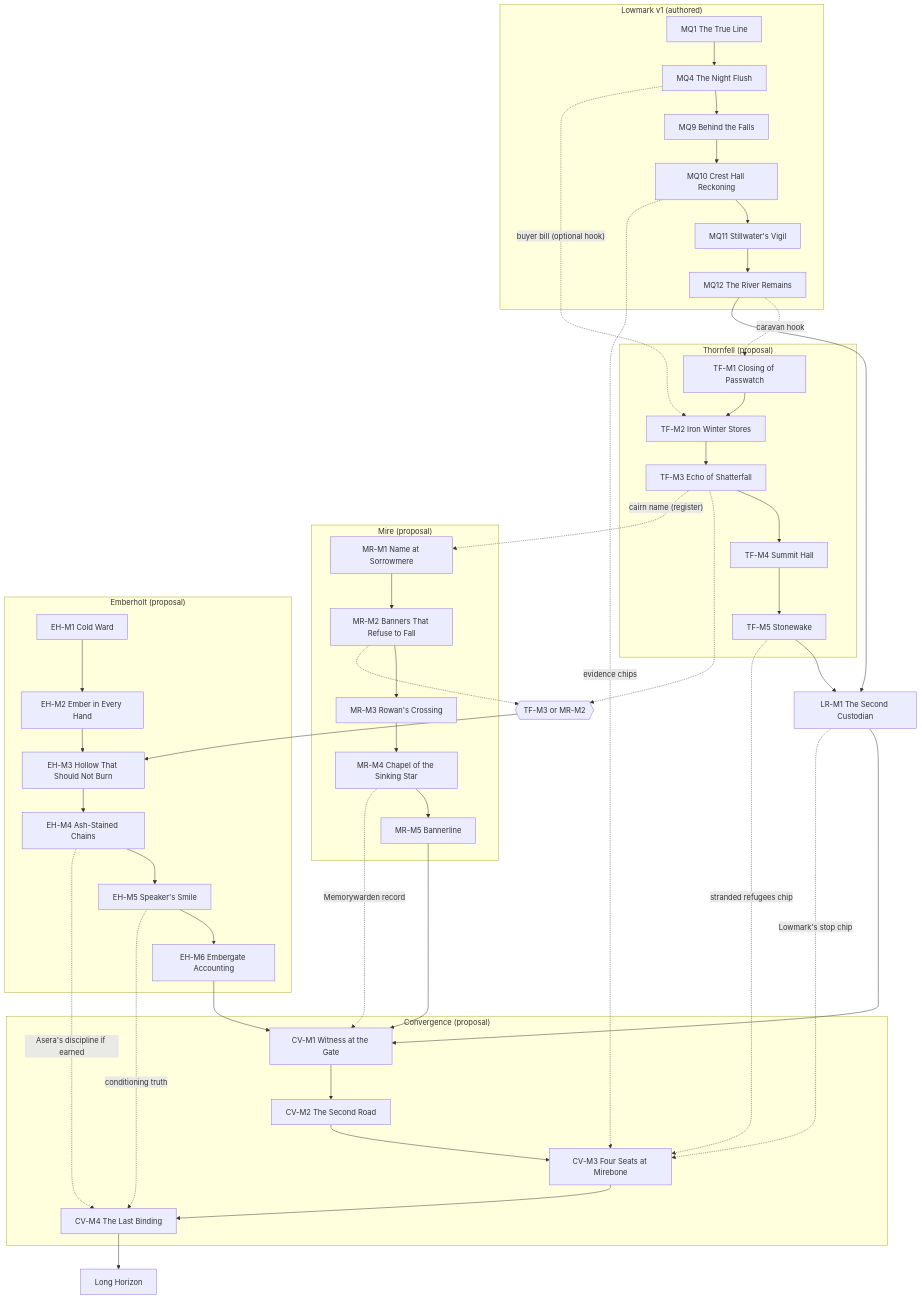
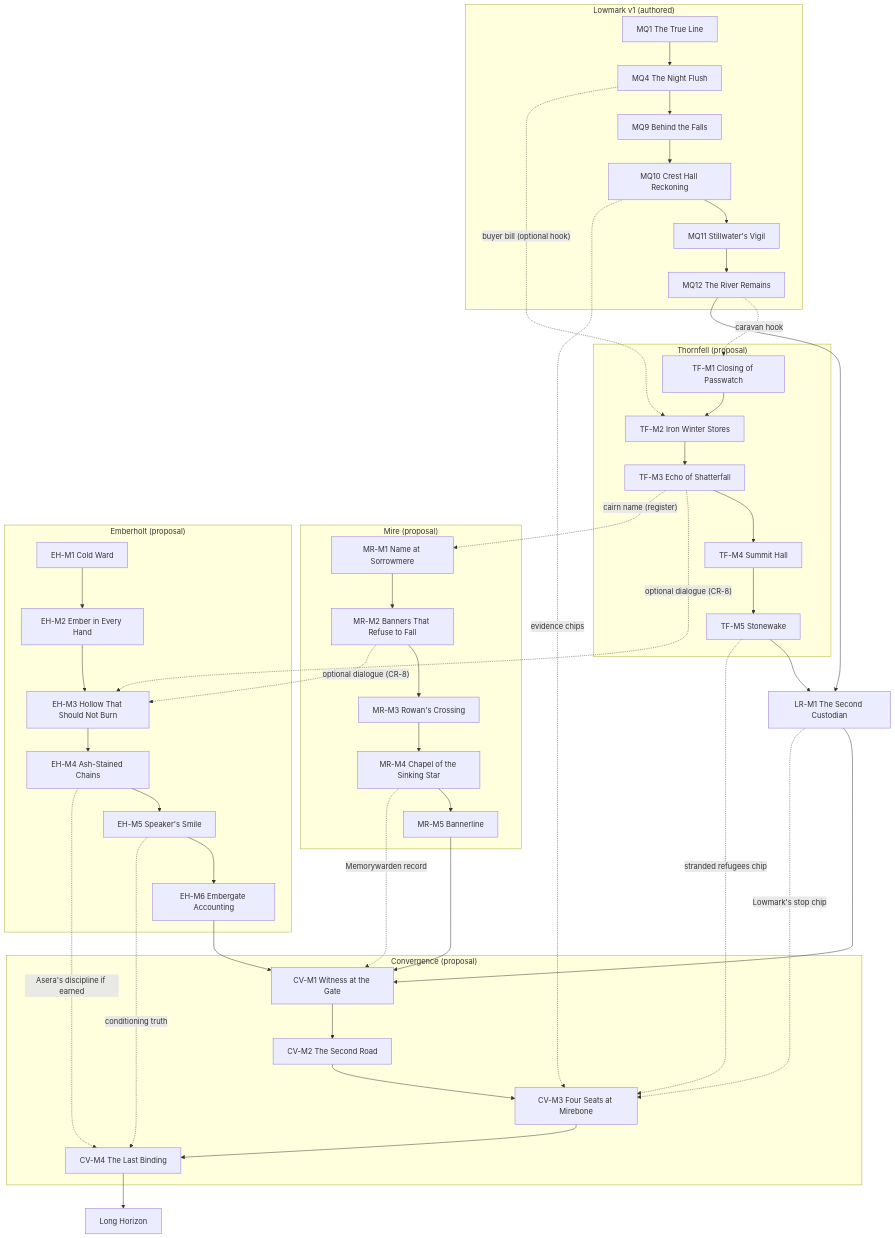
One commit to Degrading1919/Caelmor-Repo changed the diagram in 04_CONTENT_PRODUCTION/Quests/Caelmor_Narrative_Architecture_Arcs_and_Milestones.md. Above: the diagram before and after it, drawn with Mermaid. The commit also changed other lines of this file and 46 other files, not shown here.

First line of the commit message:
Consolidated Director rulings CR-1 to CR-21: recorded and reconciled across Lowmark, Emberholt, architecture and canon (review in progress)

````diff
--- a/04_CONTENT_PRODUCTION/Quests/Caelmor_Narrative_Architecture_Arcs_and_Milestones.md
+++ b/04_CONTENT_PRODUCTION/Quests/Caelmor_Narrative_Architecture_Arcs_and_Milestones.md
@@ -224,41 +224,39 @@
 ```mermaid
 flowchart TD
   subgraph LM["Lowmark v1 (authored)"]
     L1[MQ1 The True Line] --> L4[MQ4 The Night Flush] --> L9[MQ9 Behind the Falls] --> L10[MQ10 Crest Hall Reckoning] --> L11[MQ11 Stillwater's Vigil] --> L12[MQ12 The River Remains]
   end
   subgraph TF["Thornfell (proposal)"]
     T1[TF-M1 Closing of Passwatch] --> T2[TF-M2 Iron Winter Stores] --> T3[TF-M3 Echo of Shatterfall] --> T4[TF-M4 Summit Hall] --> T5[TF-M5 Stonewake]
   end
   subgraph MR["Mire (proposal)"]
     M1[MR-M1 Name at Sorrowmere] --> M2[MR-M2 Banners That Refuse to Fall] --> M3[MR-M3 Rowan's Crossing] --> M4[MR-M4 Chapel of the Sinking Star] --> M5[MR-M5 Bannerline]
   end
   subgraph EH["Emberholt (proposal)"]
     E1[EH-M1 Cold Ward] --> E2[EH-M2 Ember in Every Hand] --> E3[EH-M3 Hollow That Should Not Burn] --> E4[EH-M4 Ash-Stained Chains] --> E5[EH-M5 Speaker's Smile] --> E6[EH-M6 Embergate Accounting]
   end
   subgraph CV["Convergence (proposal)"]
     C1[CV-M1 Witness at the Gate] --> C2[CV-M2 The Second Road] --> C3[CV-M3 Four Seats at Mirebone] --> C4[CV-M4 The Last Binding]
   end
   LR1[LR-M1 The Second Custodian]
   H[Long Horizon]
 
-  G1{{"TF-M3 or MR-M2"}}
-  T3 -.-> G1
-  M2 -.-> G1
-  G1 --> E3
+  T3 -. "optional dialogue (CR-8)" .-> E3
+  M2 -. "optional dialogue (CR-8)" .-> E3
   L12 -. "caravan hook" .-> T1
   L12 --> LR1
   T5 --> LR1
   LR1 --> C1
   M5 --> C1
   E6 --> C1
   C4 --> H
 
   L4 -. "buyer bill (optional hook)" .-> T2
   T3 -. "cairn name (register)" .-> M1
   T5 -. "stranded refugees chip" .-> C3
   M4 -. "Memorywarden record" .-> C1
   L10 -. "evidence chips" .-> C3
   LR1 -. "Lowmark's stop chip" .-> C3
   E5 -. "conditioning truth" .-> C4
   E4 -. "Asera's discipline if earned" .-> C4
 ```
````
